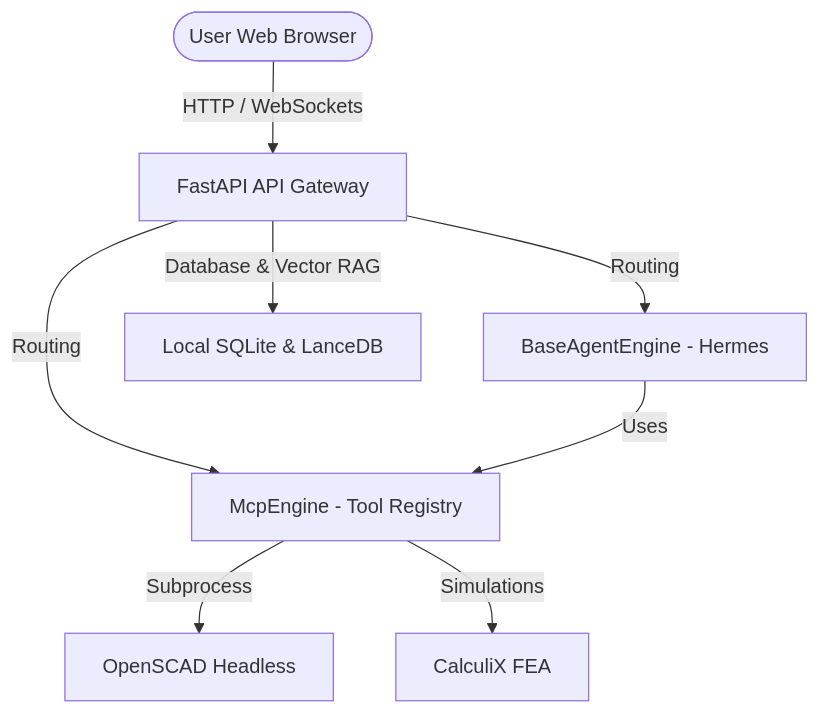
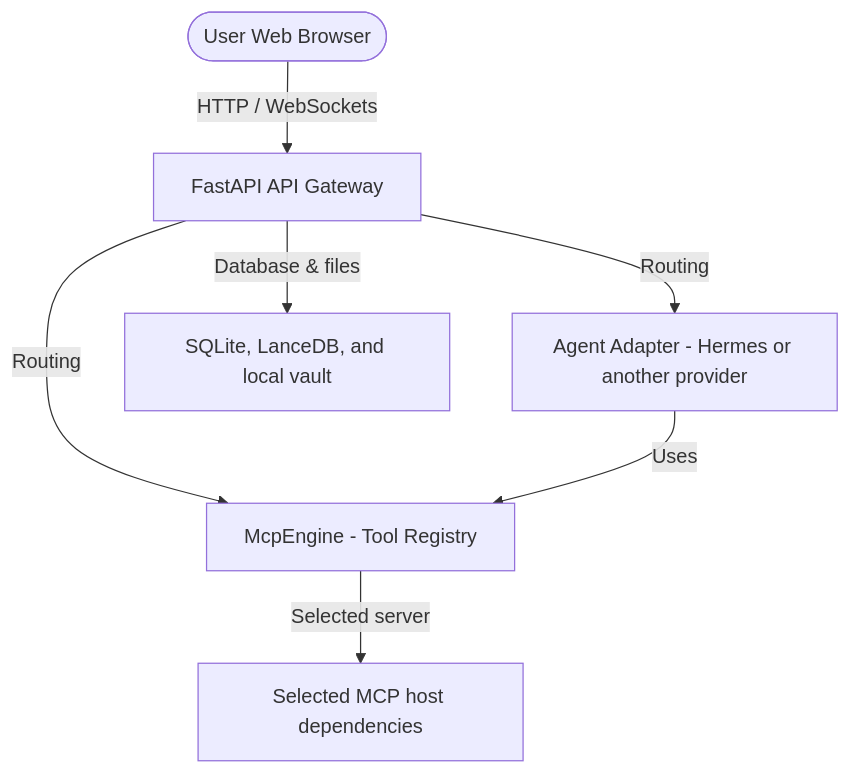
Before and after one commit to burhop/wright: the diagram in docs/blog/introducing-wright.md, drawn with Mermaid. The commit also changed other lines of this file and 2 other files, not shown here.

````diff
--- a/docs/blog/introducing-wright.md
+++ b/docs/blog/introducing-wright.md
@@ -39,10 +57,9 @@
 ```mermaid
 flowchart TD
     User([User Web Browser]) -->|HTTP / WebSockets| API[FastAPI API Gateway]
-    API -->|Routing| Agent[BaseAgentEngine - Hermes]
+    API -->|Routing| Agent[Agent Adapter - Hermes or another provider]
     API -->|Routing| MCP[McpEngine - Tool Registry]
     Agent -->|Uses| MCP
-    MCP -->|Subprocess| OpenSCAD[OpenSCAD Headless]
-    MCP -->|Simulations| CalculiX[CalculiX FEA]
-    API -->|Database & Vector RAG| Vault[Local SQLite & LanceDB]
+    MCP -->|Selected server| Tools[Selected MCP host dependencies]
+    API -->|Database & files| Vault[SQLite, LanceDB, and local vault]
 ```
````
